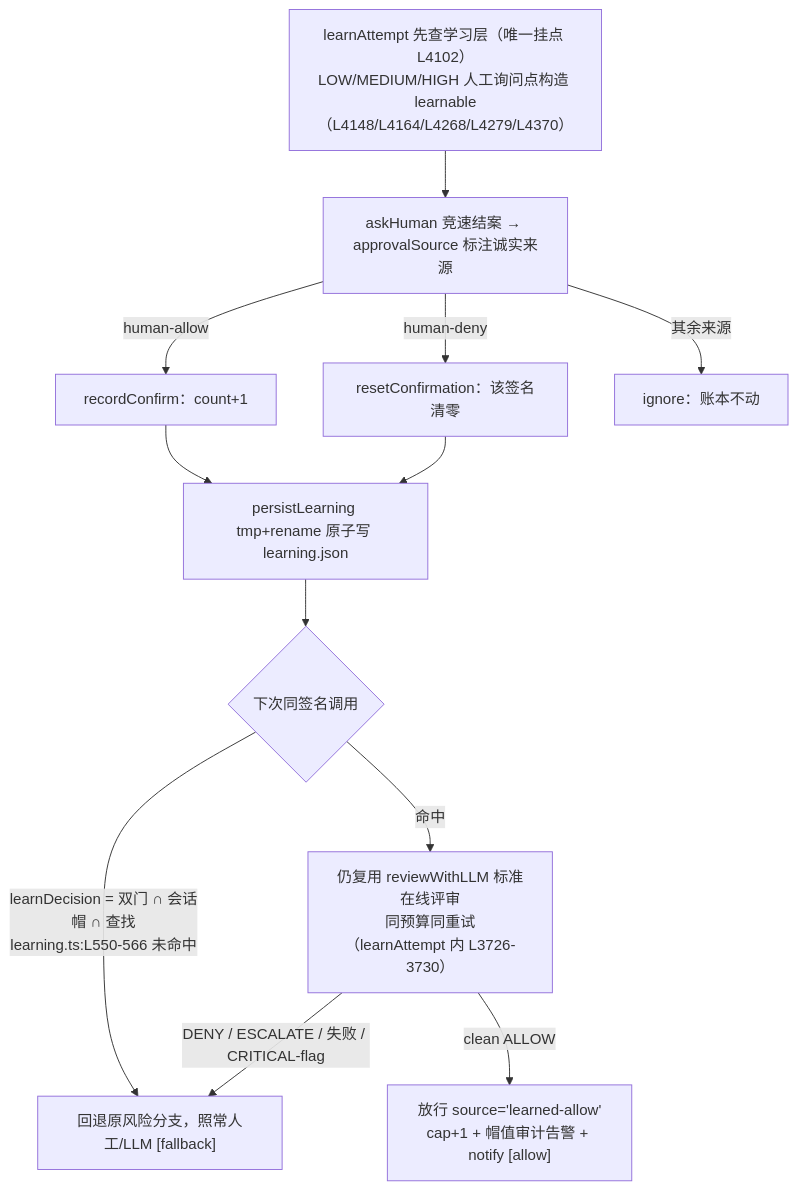
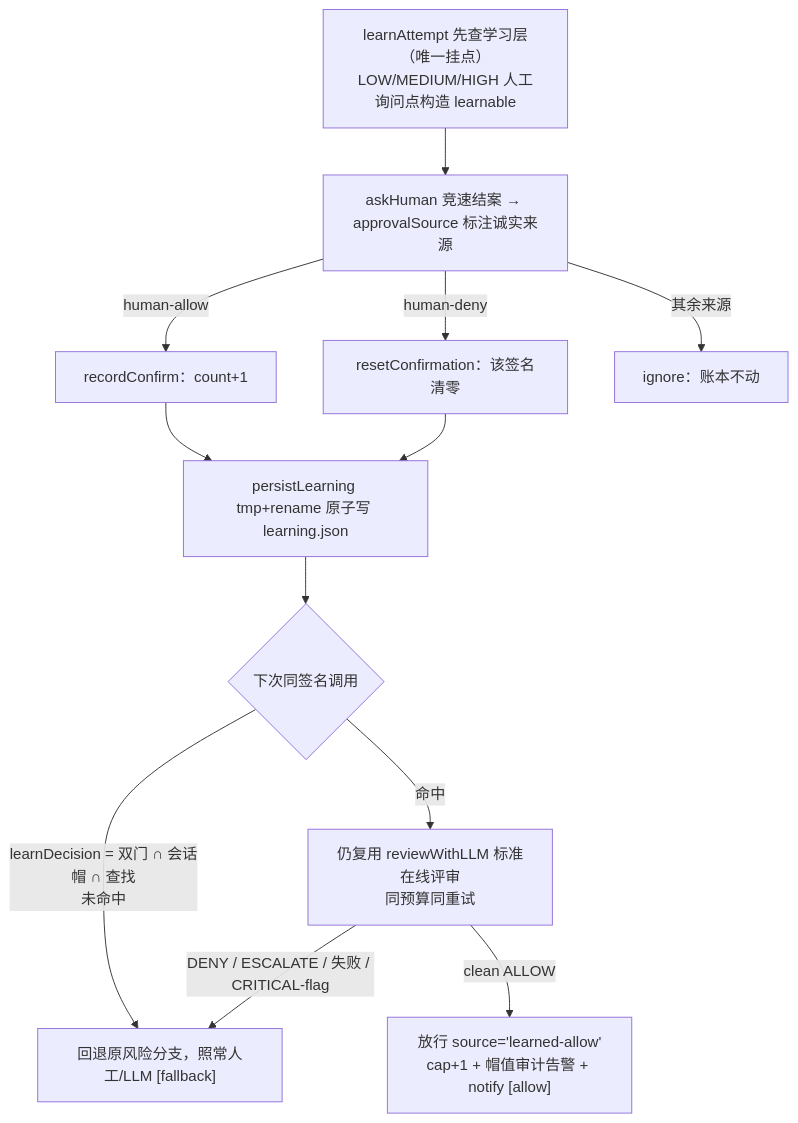
The diagram in docs/18-confirm-learning.md (cuddly-guacamole/dsh-auto-approval-llm), drawn with Mermaid before and after one commit. The commit also changed other lines of this file and 12 other files, not shown here.

````diff
--- a/docs/18-confirm-learning.md
+++ b/docs/18-confirm-learning.md
@@ -35,14 +35,14 @@
 ```mermaid
 flowchart TD
-    A["learnAttempt 先查学习层（唯一挂点 L4102）<br/>LOW/MEDIUM/HIGH 人工询问点构造 learnable（L4148/L4164/L4268/L4279/L4370）"] --> B["askHuman 竞速结案 → approvalSource 标注诚实来源"]
+    A["learnAttempt 先查学习层（唯一挂点）<br/>LOW/MEDIUM/HIGH 人工询问点构造 learnable"] --> B["askHuman 竞速结案 → approvalSource 标注诚实来源"]
     B -->|"human-allow"| C["recordConfirm：count+1"]
     B -->|"human-deny"| D["resetConfirmation：该签名清零"]
     B -->|"其余来源"| E["ignore：账本不动"]
     C --> F["persistLearning tmp+rename 原子写 learning.json"]
     D --> F
     F --> G{"下次同签名调用"}
-    G -->|"learnDecision = 双门 ∩ 会话帽 ∩ 查找<br/>learning.ts:L550-566 未命中"| M["回退原风险分支，照常人工/LLM [fallback]"]
-    G -->|"命中"| I["仍复用 reviewWithLLM 标准在线评审<br/>同预算同重试（learnAttempt 内 L3726-3730）"]
+    G -->|"learnDecision = 双门 ∩ 会话帽 ∩ 查找<br/>未命中"| M["回退原风险分支，照常人工/LLM [fallback]"]
+    G -->|"命中"| I["仍复用 reviewWithLLM 标准在线评审<br/>同预算同重试"]
     I -->|"clean ALLOW"| J["放行 source='learned-allow'<br/>cap+1 + 帽值审计告警 + notify [allow]"]
     I -->|"DENY / ESCALATE / 失败 / CRITICAL-flag"| M
 ```
````
